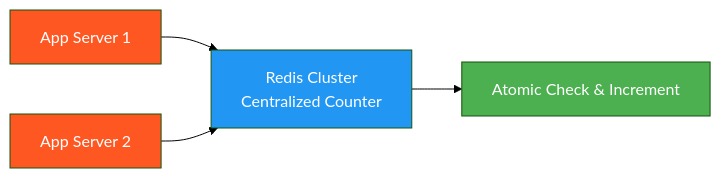
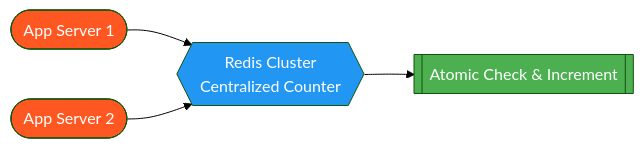
The sixth of 8 diagrams in docs/ratelimiting.md (saivamsikaruturi/vamsilabs-dev-notes-main), drawn with Mermaid (forest theme) before and after one commit. The commit also changed other lines of this file and 146 other files, not shown here.

Commit message:
Horizontal diagrams, UML class diagrams, typography overhaul, and permalink cleanup

````diff
--- a/docs/ratelimiting.md
+++ b/docs/ratelimiting.md
@@ -280,11 +280,11 @@
 ```mermaid
-graph LR
+flowchart LR
     style A fill:#FF5722,color:#fff
     style B fill:#FF5722,color:#fff
     style C fill:#2196F3,color:#fff
     style D fill:#4CAF50,color:#fff
 
-    A[App Server 1] --> C[Redis Cluster<br/>Centralized Counter]
-    B[App Server 2] --> C
-    C --> D[Atomic Check & Increment]
+    A(["App Server 1"]) --> C{{"Redis Cluster<br/>Centralized Counter"}}
+    B(["App Server 2"]) --> C
+    C --> D[["Atomic Check & Increment"]]
 ```
````
